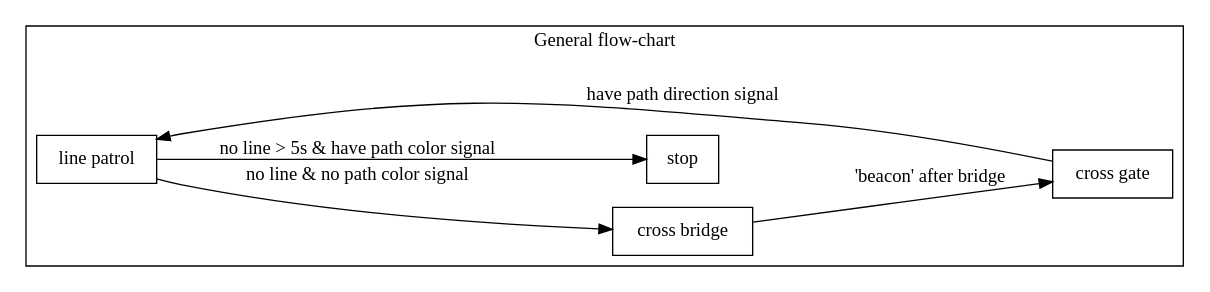
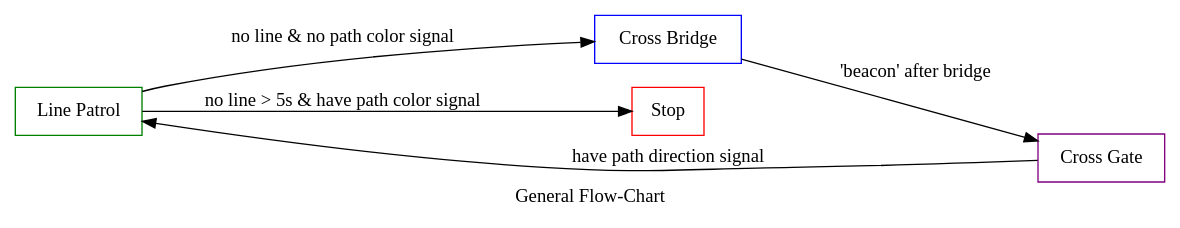
The diagram in flow_chart/GFC.dot (TDPS-Mihotel/Mihotel), drawn with Graphviz before and after one commit. The commit also changed 7 other files, not shown here.

```diff
--- a/flow_chart/GFC.dot
+++ b/flow_chart/GFC.dot
@@ -1,13 +1,17 @@
 digraph G {
     rankdir=LR
     splines=splines
     node [shape=box]
     component=true
-    subgraph cluster0 {
-        label="General flow-chart"
-        "line patrol" -> "cross bridge" [label="no line & no path color signal"]
-        "line patrol" -> "stop" [label="no line > 5s & have path color signal"]
-        "cross bridge" -> "cross gate" [label="'beacon' after bridge"]
-        "cross gate" -> "line patrol" [label="have path direction signal"]
-    }
+    
+    label="General Flow-Chart"
+    "Line Patrol"[color=green]
+    "Cross Bridge" [color=blue]
+    "Cross Gate" [color=purple]
+    "Stop" [color=red]
+    "Line Patrol" -> "Cross Bridge" [label="no line & no path color signal"]
+    "Line Patrol" -> "Stop" [label="no line > 5s & have path color signal"]
+    "Cross Bridge" -> "Cross Gate" [label="'beacon' after bridge"]
+    "Cross Gate" -> "Line Patrol" [label="have path direction signal"]
+    
 }
```
